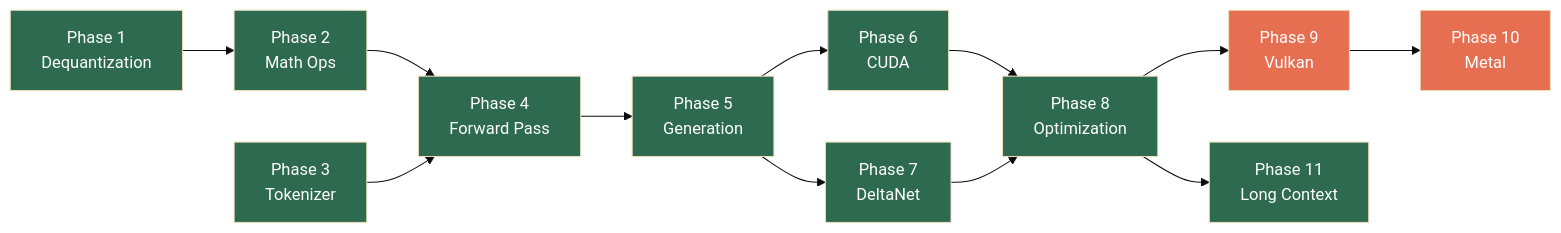
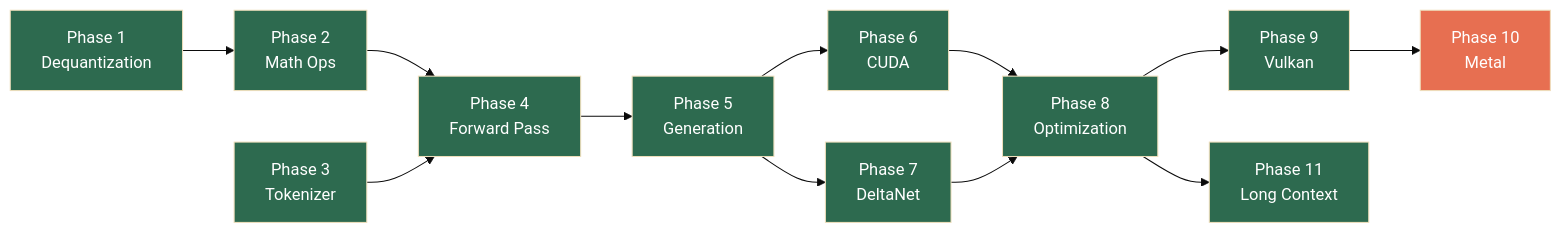
One commit to MjrTom/daisi-llogos changed the diagram in README.md. Above: the diagram before and after it, drawn with Mermaid (base theme). The commit also changed other lines of this file and 36 other files, not shown here.

````diff
--- a/README.md
+++ b/README.md
@@ -95,35 +104,35 @@
 ```mermaid
 flowchart LR
     P1["Phase 1\nDequantization"]
     P2["Phase 2\nMath Ops"]
     P3["Phase 3\nTokenizer"]
     P4["Phase 4\nForward Pass"]
     P5["Phase 5\nGeneration"]
     P6["Phase 6\nCUDA"]
     P7["Phase 7\nDeltaNet"]
     P8["Phase 8\nOptimization"]
     P9["Phase 9\nVulkan"]
     P10["Phase 10\nMetal"]
     P11["Phase 11\nLong Context"]
 
     P1 --> P2 --> P4
     P3 --> P4 --> P5
     P5 --> P6
     P5 --> P7
     P6 --> P8
     P7 --> P8
     P8 --> P11
     P8 --> P9 --> P10
 
     style P1 fill:#2d6a4f,color:#fff
     style P2 fill:#2d6a4f,color:#fff
     style P3 fill:#2d6a4f,color:#fff
     style P4 fill:#2d6a4f,color:#fff
     style P5 fill:#2d6a4f,color:#fff
     style P6 fill:#2d6a4f,color:#fff
     style P7 fill:#2d6a4f,color:#fff
     style P8 fill:#2d6a4f,color:#fff
-    style P9 fill:#e76f51,color:#fff
+    style P9 fill:#2d6a4f,color:#fff
     style P10 fill:#e76f51,color:#fff
     style P11 fill:#2d6a4f,color:#fff
 ```
````
